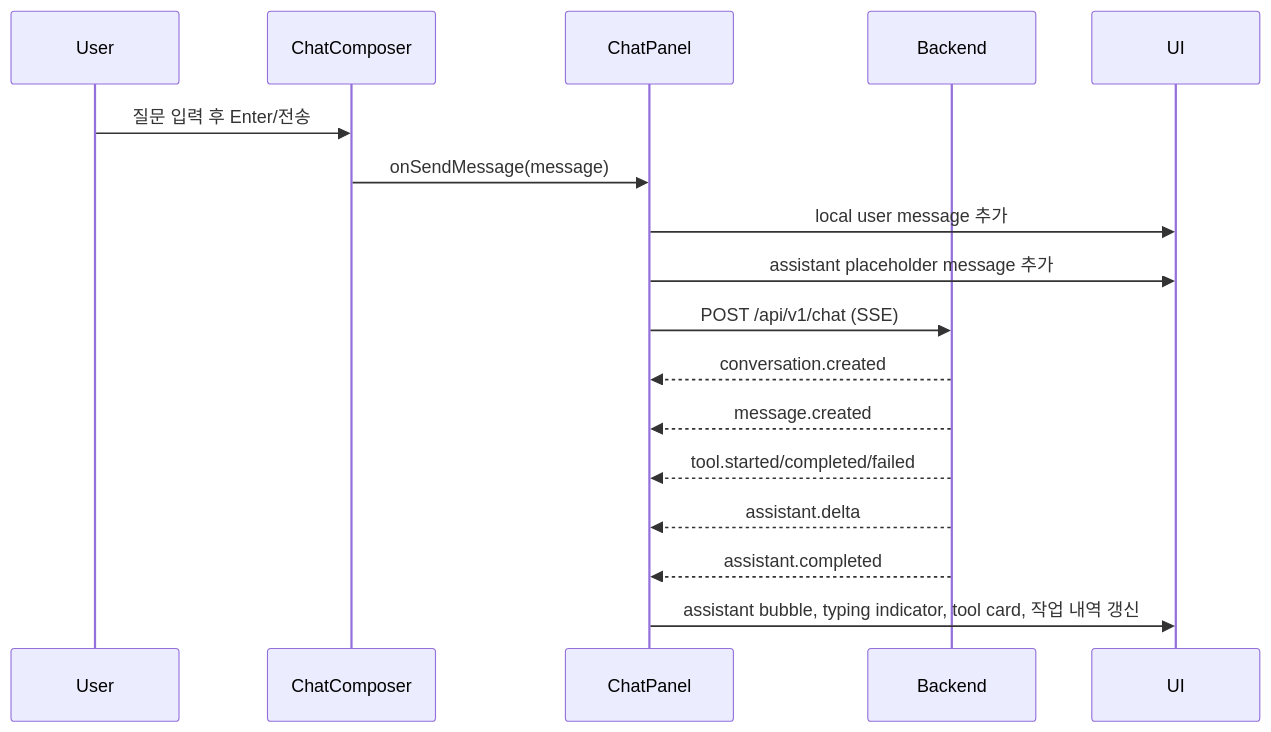
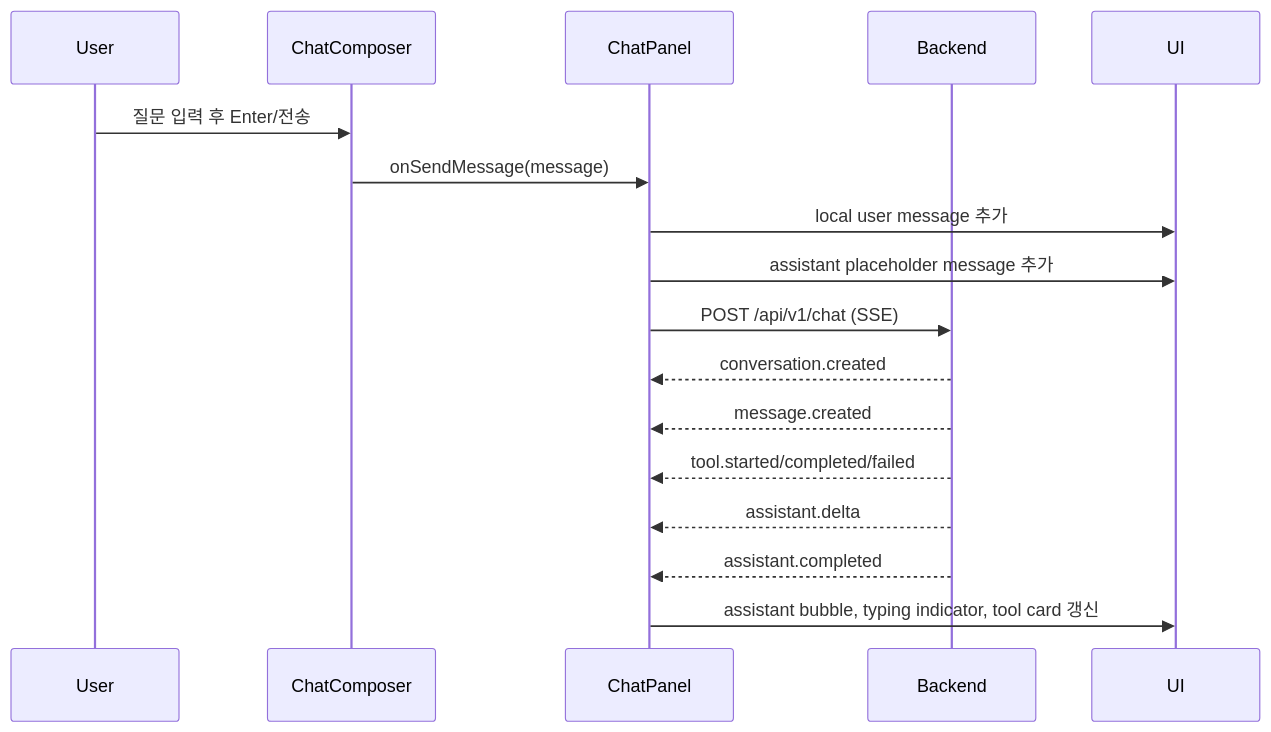
One commit to DChanHong/baseball-agent-v2 changed the diagram in docs/frontend/layout/frontend-layout-spec.md. Above: the diagram before and after it, drawn with Mermaid. The commit also changed other lines of this file and 4 other files, not shown here.

````diff
--- a/docs/frontend/layout/frontend-layout-spec.md
+++ b/docs/frontend/layout/frontend-layout-spec.md
@@ -344,20 +335,20 @@
 ```mermaid
 sequenceDiagram
   participant User
   participant ChatComposer
   participant ChatPanel
   participant Backend
   participant UI
 
   User->>ChatComposer: 질문 입력 후 Enter/전송
   ChatComposer->>ChatPanel: onSendMessage(message)
   ChatPanel->>UI: local user message 추가
   ChatPanel->>UI: assistant placeholder message 추가
   ChatPanel->>Backend: POST /api/v1/chat (SSE)
   Backend-->>ChatPanel: conversation.created
   Backend-->>ChatPanel: message.created
   Backend-->>ChatPanel: tool.started/completed/failed
   Backend-->>ChatPanel: assistant.delta
   Backend-->>ChatPanel: assistant.completed
-  ChatPanel->>UI: assistant bubble, typing indicator, tool card, 작업 내역 갱신
+  ChatPanel->>UI: assistant bubble, typing indicator, tool card 갱신
 ```
````
